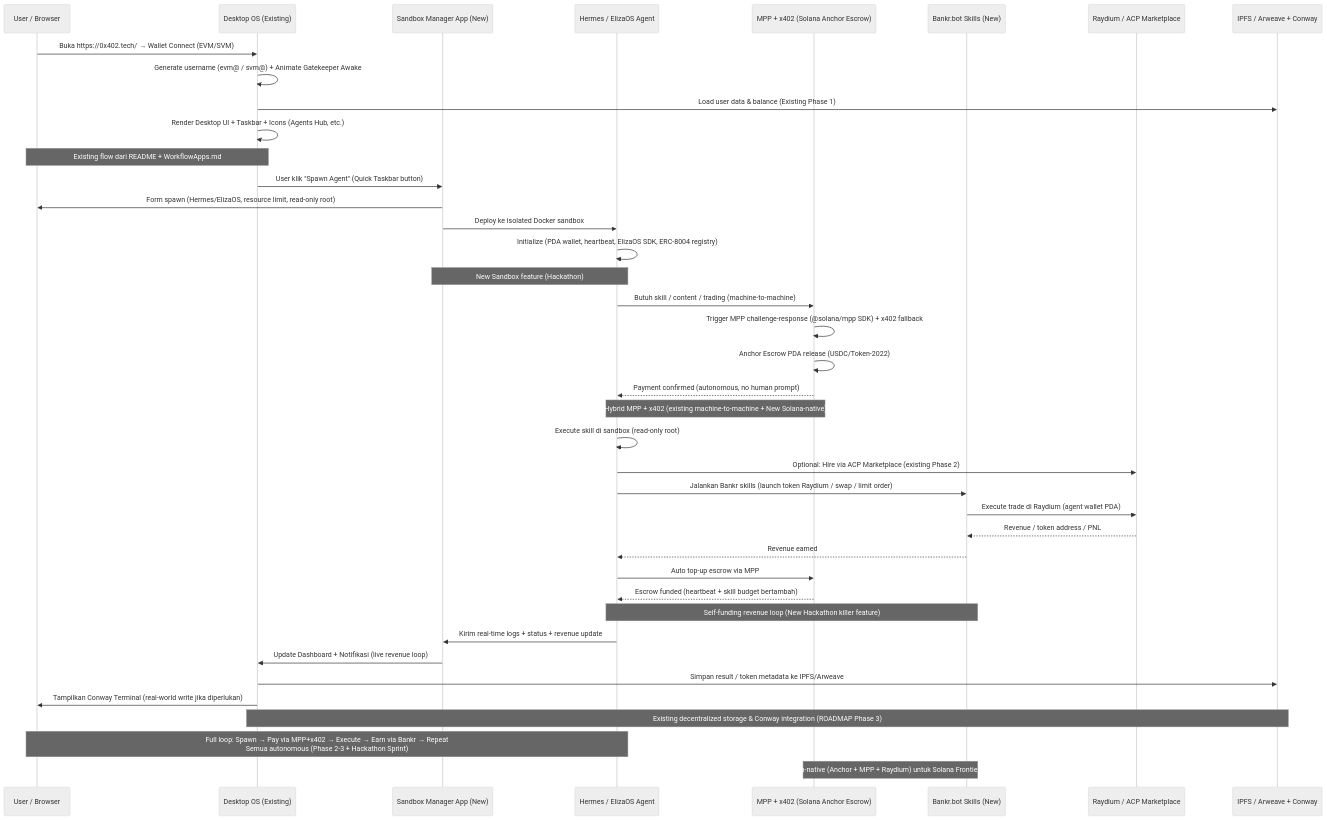
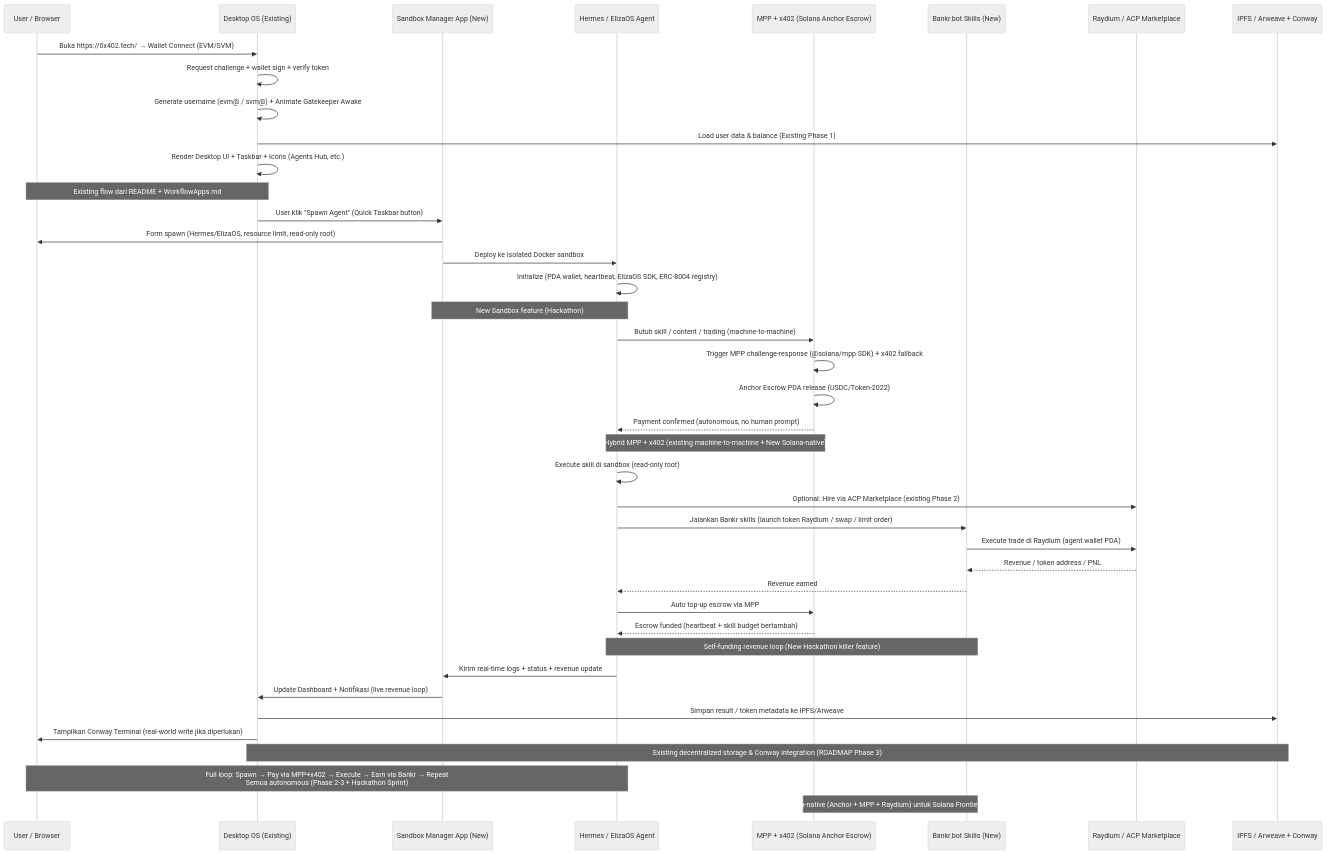
The fourth of 5 diagrams in docs/WorkflowApps.md (abraham-yusuf/sleepy-gatekeeper), drawn with Mermaid (neutral theme) before and after one commit. The commit also changed other lines of this file and 5 other files, not shown here.

Commit message:
Implement wallet challenge/verify auth session flow

````diff
--- a/docs/WorkflowApps.md
+++ b/docs/WorkflowApps.md
@@ -260,48 +262,49 @@
 ```mermaid
 sequenceDiagram
     participant User as User / Browser
     participant OS as Desktop OS (Existing)
     participant Sandbox as Sandbox Manager App (New)
     participant Agent as Hermes / ElizaOS Agent
     participant Payment as MPP + x402 (Solana Anchor Escrow)
     participant Bankr as Bankr.bot Skills (New)
     participant Market as Raydium / ACP Marketplace
     participant Storage as IPFS / Arweave + Conway
 
     User->>OS: Buka https://0x402.tech/ → Wallet Connect (EVM/SVM)
+    OS->>OS: Request challenge + wallet sign + verify token
     OS->>OS: Generate username (evm@ / svm@) + Animate Gatekeeper Awake
     OS->>Storage: Load user data & balance (Existing Phase 1)
     OS->>OS: Render Desktop UI + Taskbar + Icons (Agents Hub, etc.)
     Note over User,OS: Existing flow dari README + WorkflowApps.md
 
     OS->>Sandbox: User klik "Spawn Agent" (Quick Taskbar button)
     Sandbox->>User: Form spawn (Hermes/ElizaOS, resource limit, read-only root)
     Sandbox->>Agent: Deploy ke isolated Docker sandbox
     Agent->>Agent: Initialize (PDA wallet, heartbeat, ElizaOS SDK, ERC-8004 registry)
     Note over Sandbox,Agent: New Sandbox feature (Hackathon)
 
     Agent->>Payment: Butuh skill / content / trading (machine-to-machine)
     Payment->>Payment: Trigger MPP challenge-response (@solana/mpp SDK) + x402 fallback
     Payment->>Payment: Anchor Escrow PDA release (USDC/Token-2022)
     Payment-->>Agent: Payment confirmed (autonomous, no human prompt)
     Note over Agent,Payment: Hybrid MPP + x402 (existing machine-to-machine + New Solana-native)
 
     Agent->>Agent: Execute skill di sandbox (read-only root)
     Agent->>Market: Optional: Hire via ACP Marketplace (existing Phase 2)
     Agent->>Bankr: Jalankan Bankr skills (launch token Raydium / swap / limit order)
     Bankr->>Market: Execute trade di Raydium (agent wallet PDA)
     Market-->>Bankr: Revenue / token address / PNL
     Bankr-->>Agent: Revenue earned
     Agent->>Payment: Auto top-up escrow via MPP
     Payment-->>Agent: Escrow funded (heartbeat + skill budget bertambah)
     Note over Agent,Bankr: Self-funding revenue loop (New Hackathon killer feature)
 
     Agent->>Sandbox: Kirim real-time logs + status + revenue update
     Sandbox->>OS: Update Dashboard + Notifikasi (live revenue loop)
     OS->>Storage: Simpan result / token metadata ke IPFS/Arweave
     OS->>User: Tampilkan Conway Terminal (real-world write jika diperlukan)
     Note over OS,Storage: Existing decentralized storage & Conway integration (ROADMAP Phase 3)
 
     Note over User,Agent: Full loop: Spawn → Pay via MPP+x402 → Execute → Earn via Bankr → Repeat<br/>Semua autonomous (Phase 2-3 + Hackathon Sprint)
     Note over Payment,Bankr: 100% Solana-native (Anchor + MPP + Raydium) untuk Solana Frontier Colosseum
 ```
````
